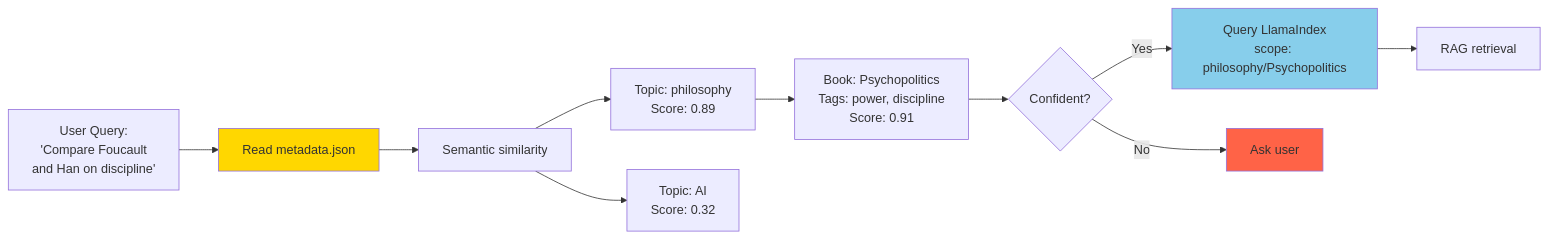
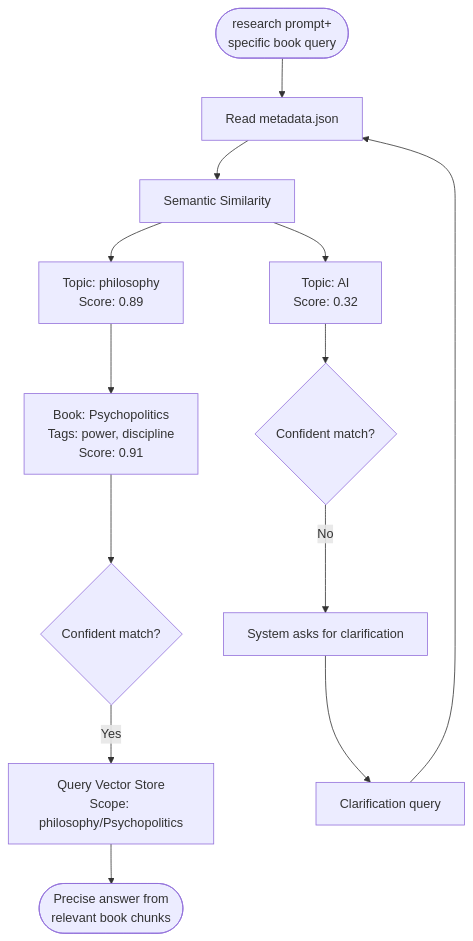
The diagram in README.md (nonlinear/personal-library), drawn with Mermaid before and after one commit. The commit also changed other lines of this file, not shown here.

````diff
--- a/README.md
+++ b/README.md
@@ -195,22 +58,21 @@
 ```mermaid
-graph LR
-  Q[User Query:<br/>'Compare Foucault<br/>and Han on discipline'] --> MAP[Read metadata.json]
+graph TD
+    QUERY([research prompt+<br>specific book query]) --> MAP[Read metadata.json]
+    MAP --> SIM[Semantic Similarity]
 
-  MAP --> SIM[Semantic similarity]
+    SIM --> T1[Topic: philosophy<br/>Score: 0.89]
+    SIM --> T2[Topic: AI<br/>Score: 0.32]
 
-  SIM --> T1[Topic: philosophy<br/>Score: 0.89]
-  SIM --> T2[Topic: AI<br/>Score: 0.32]
+    T1 --> B1[Book: Psychopolitics<br/>Tags: power, discipline<br/>Score: 0.91]
 
-  T1 --> B1[Book: Psychopolitics<br/>Tags: power, discipline<br/>Score: 0.91]
+    B1 --> DECISION1{Confident match?}
+    T2 --> DECISION2{Confident match?}
 
-  B1 --> DECISION{Confident?}
+    DECISION1 -->|Yes| VEC[Query Vector Store<br/>Scope: philosophy/Psychopolitics]
+    DECISION2 -->|No| ASK[System asks for clarification]
 
-  DECISION -->|Yes| VEC[Query LlamaIndex<br/>scope: philosophy/Psychopolitics]
-  DECISION -->|No| ASK[Ask user]
+    ASK --> CLARIFY[Clarification query]
+    CLARIFY --> MAP
 
-  VEC --> RAG[RAG retrieval]
-
-  style MAP fill:#FFD700
-  style VEC fill:#87CEEB
-  style ASK fill:#FF6347
+    VEC --> ANSWER([Precise answer from<br>relevant book chunks])
 ```
````
